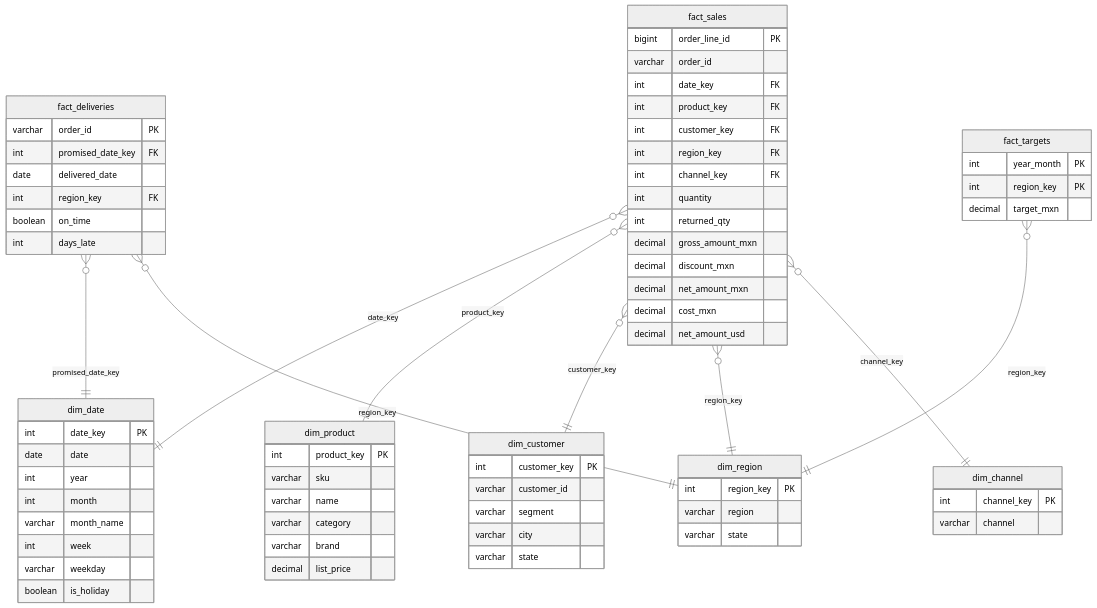
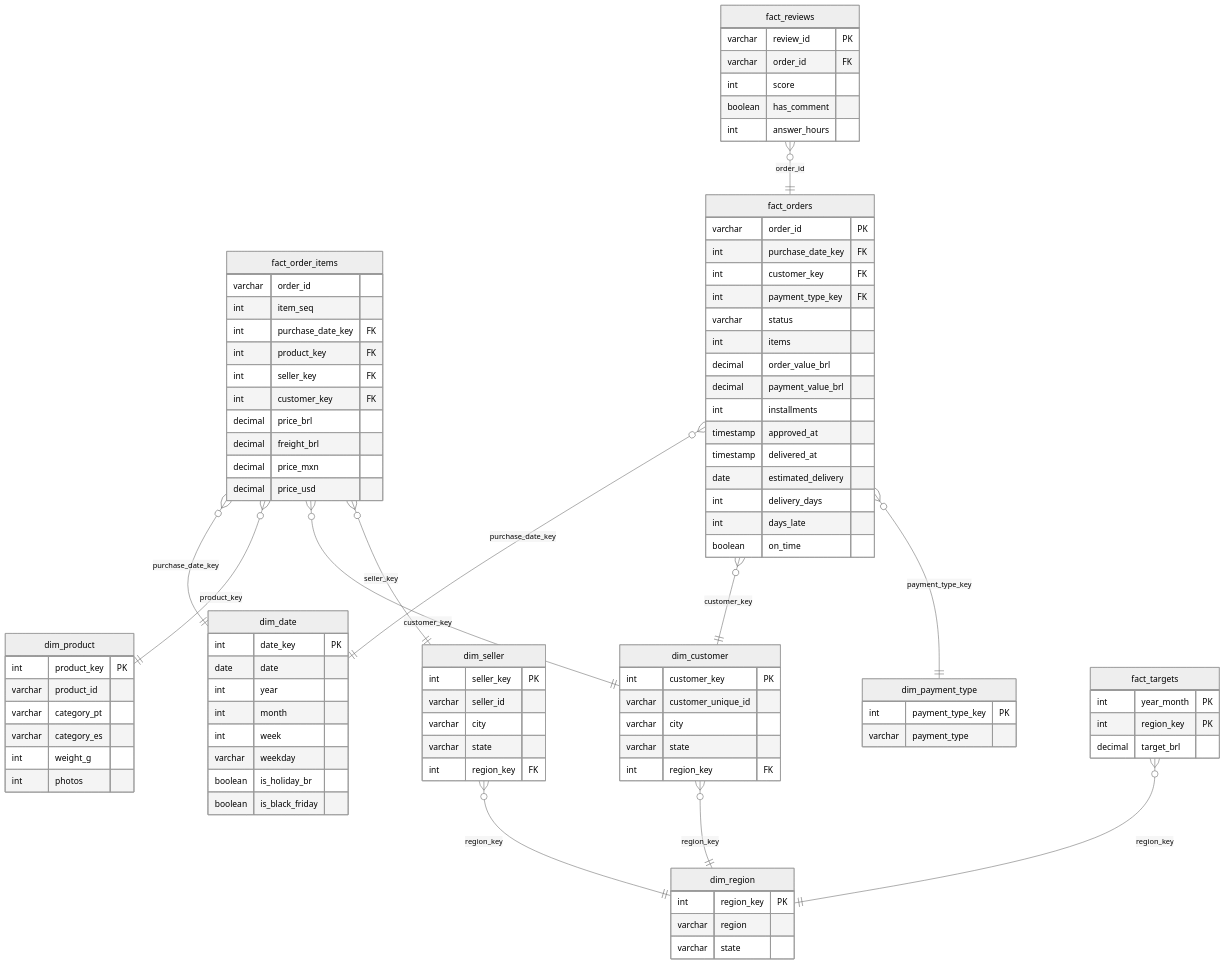
One commit to nitoramber-svg/Portfolio-automations-of-Software changed the second of 2 diagrams in 01-bi-kpi-analytics/docs/design.md. Above: the diagram before and after it, drawn with Mermaid (neutral theme). The commit also changed other lines of this file and 1 other file, not shown here.

````diff
--- a/01-bi-kpi-analytics/docs/design.md
+++ b/01-bi-kpi-analytics/docs/design.md
@@ -103,75 +112,97 @@
 ```mermaid
 erDiagram
-    fact_sales }o--|| dim_date : date_key
-    fact_sales }o--|| dim_product : product_key
-    fact_sales }o--|| dim_customer : customer_key
-    fact_sales }o--|| dim_region : region_key
-    fact_sales }o--|| dim_channel : channel_key
-    fact_deliveries }o--|| dim_date : promised_date_key
-    fact_deliveries }o--|| dim_region : region_key
+    fact_order_items }o--|| dim_date : purchase_date_key
+    fact_order_items }o--|| dim_product : product_key
+    fact_order_items }o--|| dim_customer : customer_key
+    fact_order_items }o--|| dim_seller : seller_key
+    fact_orders }o--|| dim_date : purchase_date_key
+    fact_orders }o--|| dim_customer : customer_key
+    fact_orders }o--|| dim_payment_type : payment_type_key
+    fact_reviews }o--|| fact_orders : order_id
     fact_targets }o--|| dim_region : region_key
+    dim_customer }o--|| dim_region : region_key
+    dim_seller }o--|| dim_region : region_key
 
-    fact_sales {
-        bigint order_line_id PK
+    fact_order_items {
         varchar order_id
-        int date_key FK
+        int item_seq
+        int purchase_date_key FK
         int product_key FK
+        int seller_key FK
         int customer_key FK
-        int region_key FK
-        int channel_key FK
-        int quantity
-        int returned_qty
-        decimal gross_amount_mxn
-        decimal discount_mxn
-        decimal net_amount_mxn
-        decimal cost_mxn
-        decimal net_amount_usd
+        decimal price_brl
+        decimal freight_brl
+        decimal price_mxn
+        decimal price_usd
     }
-    fact_deliveries {
+    fact_orders {
         varchar order_id PK
-        int promised_date_key FK
-        date delivered_date
-        int region_key FK
+        int purchase_date_key FK
+        int customer_key FK
+        int payment_type_key FK
+        varchar status
+        int items
+        decimal order_value_brl
+        decimal payment_value_brl
+        int installments
+        timestamp approved_at
+        timestamp delivered_at
+        date estimated_delivery
+        int delivery_days
+        int days_late
         boolean on_time
-        int days_late
+    }
+    fact_reviews {
+        varchar review_id PK
+        varchar order_id FK
+        int score
+        boolean has_comment
+        int answer_hours
     }
     fact_targets {
         int year_month PK
         int region_key PK
-        decimal target_mxn
+        decimal target_brl
     }
     dim_date {
         int date_key PK
         date date
         int year
         int month
-        varchar month_name
         int week
         varchar weekday
-        boolean is_holiday
+        boolean is_holiday_br
+        boolean is_black_friday
     }
     dim_product {
         int product_key PK
-        varchar sku
-        varchar name
-        varchar category
-        varchar brand
-        decimal list_price
+        varchar product_id
+        varchar category_pt
+        varchar category_es
+        int weight_g
+        int photos
     }
     dim_customer {
         int customer_key PK
-        varchar customer_id
-        varchar segment
+        varchar customer_unique_id
         varchar city
         varchar state
+        int region_key FK
+    }
+    dim_seller {
+        int seller_key PK
+        varchar seller_id
+        varchar city
+        varchar state
+        int region_key FK
     }
     dim_region {
         int region_key PK
         varchar region
         varchar state
     }
-    dim_channel {
-        int channel_key PK
-        varchar channel
+    dim_payment_type {
+        int payment_type_key PK
+        varchar payment_type
     }
 ```
````
